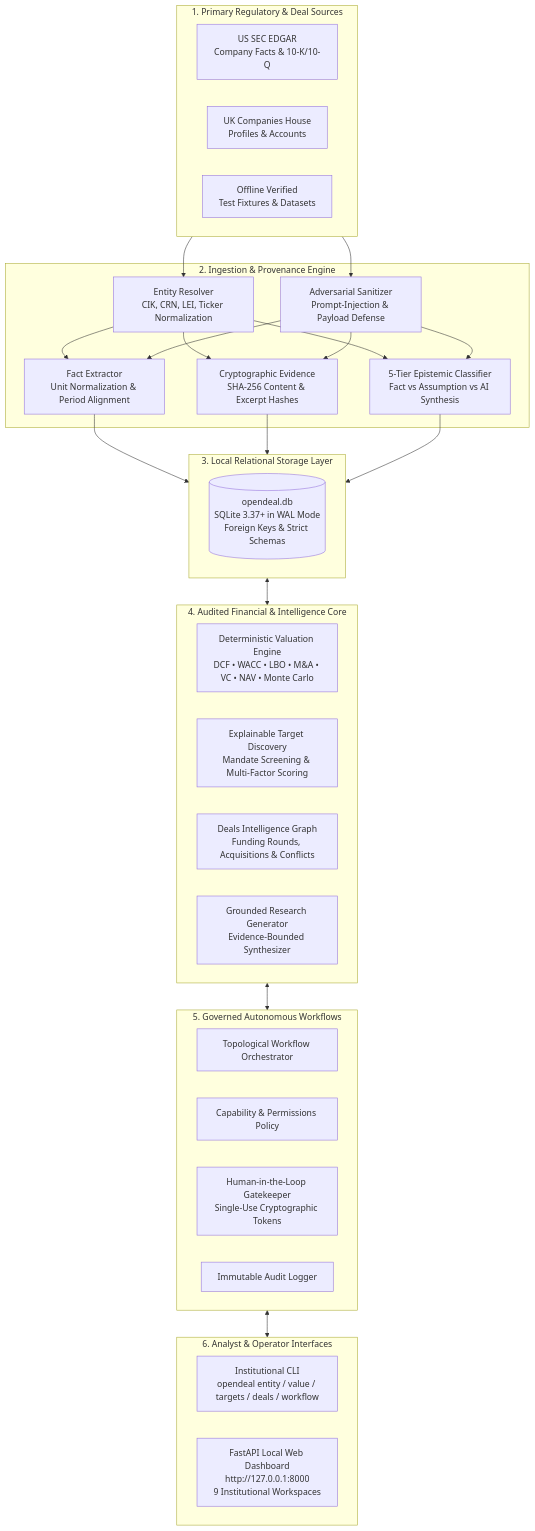
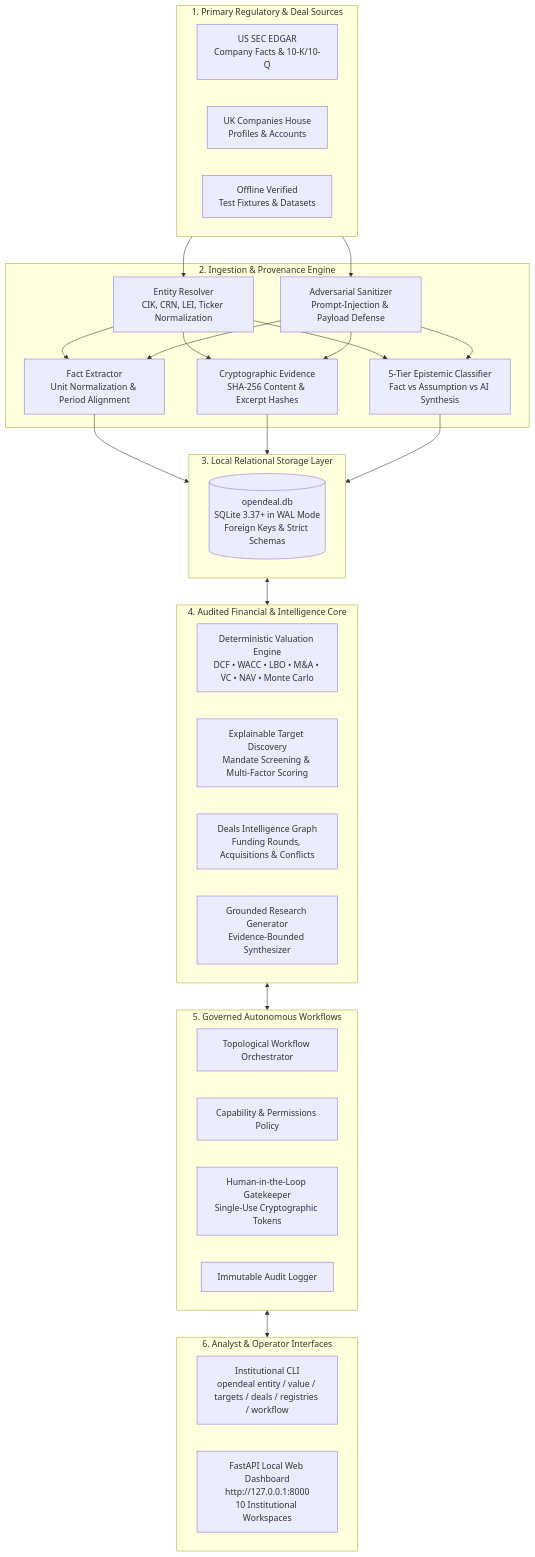
One commit to udaydomadiya08/openDeal changed the diagram in README.md. Above: the diagram before and after it, drawn with Mermaid. The commit also changed other lines of this file and 1 other file, not shown here.

Commit message:
docs: update README with global registries commands, workspaces, and 430 passing tests

````diff
--- a/README.md
+++ b/README.md
@@ -67,46 +67,46 @@
 ```mermaid
 flowchart TD
     subgraph Sources [1. Primary Regulatory & Deal Sources]
         SEC[US SEC EDGAR\nCompany Facts & 10-K/10-Q]
         CH[UK Companies House\nProfiles & Accounts]
         LOCAL_DATA[Offline Verified\nTest Fixtures & Datasets]
     end
 
     subgraph Pipeline [2. Ingestion & Provenance Engine]
         RESOLVE[Entity Resolver\nCIK, CRN, LEI, Ticker Normalization]
         SANITIZE[Adversarial Sanitizer\nPrompt-Injection & Payload Defense]
         FACT_EXT[Fact Extractor\nUnit Normalization & Period Alignment]
         HASH[Cryptographic Evidence\nSHA-256 Content & Excerpt Hashes]
         TIERING[5-Tier Epistemic Classifier\nFact vs Assumption vs AI Synthesis]
     end
 
     subgraph Storage [3. Local Relational Storage Layer]
         DB[(opendeal.db\nSQLite 3.37+ in WAL Mode\nForeign Keys & Strict Schemas)]
     end
 
     subgraph Engines [4. Audited Financial & Intelligence Core]
         VAL_ENG[Deterministic Valuation Engine\nDCF • WACC • LBO • M&A • VC • NAV • Monte Carlo]
         DISC_ENG[Explainable Target Discovery\nMandate Screening & Multi-Factor Scoring]
         DEALS_ENG[Deals Intelligence Graph\nFunding Rounds, Acquisitions & Conflicts]
         RES_ENG[Grounded Research Generator\nEvidence-Bounded Synthesizer]
     end
 
     subgraph Workflows [5. Governed Autonomous Workflows]
         DAG[Topological Workflow Orchestrator]
         POLICY[Capability & Permissions Policy]
         APPROVAL[Human-in-the-Loop Gatekeeper\nSingle-Use Cryptographic Tokens]
         AUDIT_TRAIL[Immutable Audit Logger]
     end
 
     subgraph Interfaces [6. Analyst & Operator Interfaces]
-        CLI[Institutional CLI\nopendeal entity / value / targets / deals / workflow]
-        UI[FastAPI Local Web Dashboard\nhttp://127.0.0.1:8000\n9 Institutional Workspaces]
+        CLI[Institutional CLI\nopendeal entity / value / targets / deals / registries / workflow]
+        UI[FastAPI Local Web Dashboard\nhttp://127.0.0.1:8000\n10 Institutional Workspaces]
     end
 
     Sources --> RESOLVE & SANITIZE
     RESOLVE & SANITIZE --> FACT_EXT & HASH & TIERING
     FACT_EXT & HASH & TIERING --> Storage
     Storage <--> Engines
     Engines <--> Workflows
     Workflows <--> Interfaces
 ```
````
